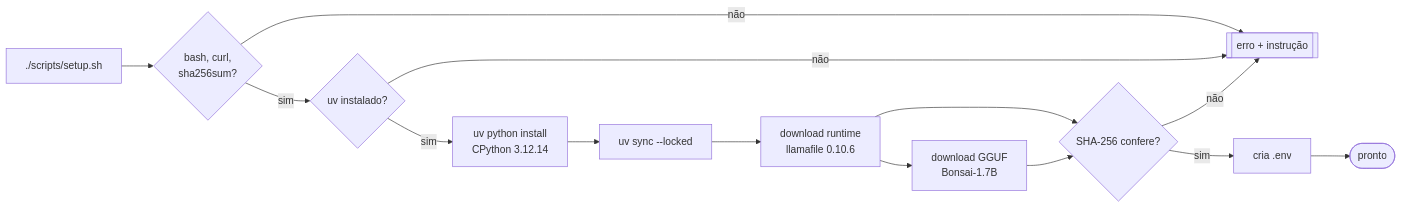
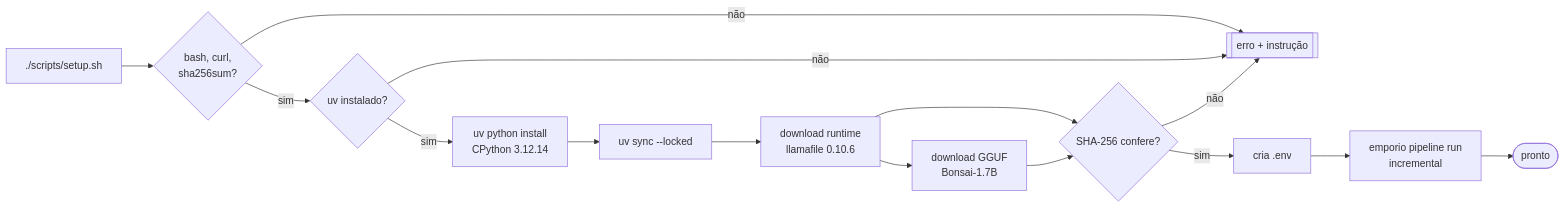
Before and after one commit to RonildoSilva/ai-engineer-challenge: the fifth of 10 diagrams in README.md, drawn with Mermaid. The commit also changed other lines of this file and 12 other files, not shown here.

````diff
--- a/README.md
+++ b/README.md
@@ -157,15 +159,16 @@
 ```mermaid
 flowchart LR
     A[./scripts/setup.sh] --> B{bash, curl,<br/>sha256sum?}
     B -->|não| X[[erro + instrução]]
     B -->|sim| C{uv instalado?}
     C -->|não| X
     C -->|sim| D[uv python install<br/>CPython 3.12.14]
     D --> E[uv sync --locked]
     E --> F[download runtime<br/>llamafile 0.10.6]
     F --> G[download GGUF<br/>Bonsai-1.7B]
     F & G --> H{SHA-256 confere?}
     H -->|não| X
     H -->|sim| I[cria .env]
-    I --> J([pronto])
+    I --> P[emporio pipeline run<br/>incremental]
+    P --> J([pronto])
 ```
````
